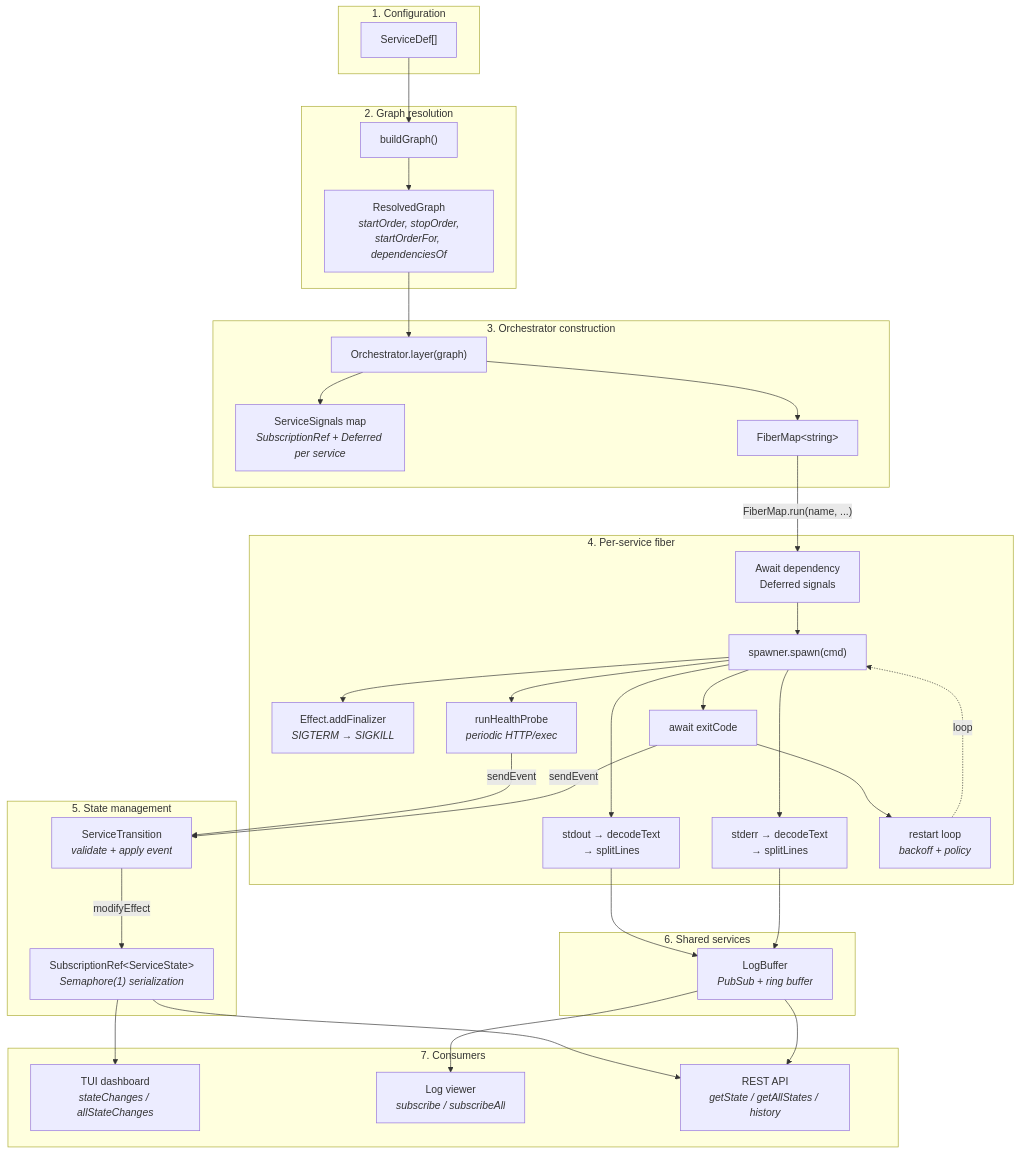
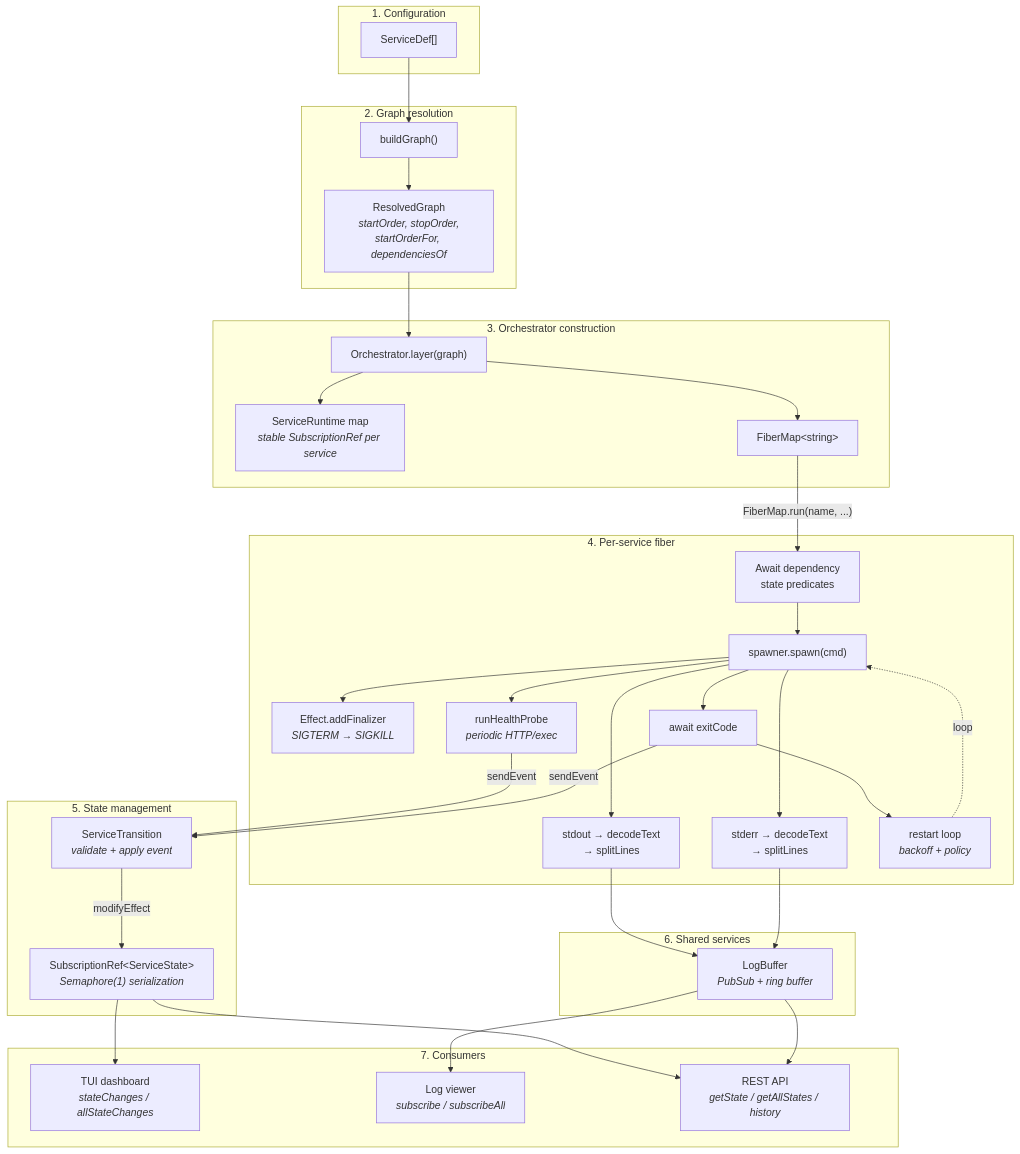
One commit to supabase/cli changed the seventh of 7 diagrams in packages/process-compose/docs/architecture.md. Above: the diagram before and after it, drawn with Mermaid. The commit also changed other lines of this file and 17 other files, not shown here.

````diff
--- a/packages/process-compose/docs/architecture.md
+++ b/packages/process-compose/docs/architecture.md
@@ -877,69 +881,69 @@
 ```mermaid
 graph TB
     subgraph "1. Configuration"
         DEFS["ServiceDef[]"]
     end
 
     subgraph "2. Graph resolution"
         BG["buildGraph()"]
         RG["ResolvedGraph<br/><i>startOrder, stopOrder,<br/>startOrderFor, dependenciesOf</i>"]
     end
 
     subgraph "3. Orchestrator construction"
         OL["Orchestrator.layer(graph)"]
-        SIGS["ServiceSignals map<br/><i>SubscriptionRef + Deferred per service</i>"]
+        SIGS["ServiceRuntime map<br/><i>stable SubscriptionRef per service</i>"]
         FBM["FiberMap&lt;string&gt;"]
     end
 
     subgraph "4. Per-service fiber"
-        DEP["Await dependency<br/>Deferred signals"]
+        DEP["Await dependency<br/>state predicates"]
         SPAWN["spawner.spawn(cmd)"]
         FIN["Effect.addFinalizer<br/><i>SIGTERM → SIGKILL</i>"]
         STDOUT["stdout → decodeText<br/>→ splitLines"]
         STDERR["stderr → decodeText<br/>→ splitLines"]
         HEALTH["runHealthProbe<br/><i>periodic HTTP/exec</i>"]
         EXIT["await exitCode"]
         RESTART["restart loop<br/><i>backoff + policy</i>"]
     end
 
     subgraph "5. State management"
         FSM["ServiceTransition<br/><i>validate + apply event</i>"]
         SREF["SubscriptionRef&lt;ServiceState&gt;<br/><i>Semaphore(1) serialization</i>"]
     end
 
     subgraph "6. Shared services"
         LB["LogBuffer<br/><i>PubSub + ring buffer</i>"]
     end
 
     subgraph "7. Consumers"
         TUI["TUI dashboard<br/><i>stateChanges / allStateChanges</i>"]
         LOGS["Log viewer<br/><i>subscribe / subscribeAll</i>"]
         API["REST API<br/><i>getState / getAllStates / history</i>"]
     end
 
     DEFS --> BG --> RG
     RG --> OL
     OL --> SIGS
     OL --> FBM
 
     FBM -->|"FiberMap.run(name, ...)"| DEP
     DEP --> SPAWN
     SPAWN --> FIN
     SPAWN --> STDOUT
     SPAWN --> STDERR
     SPAWN --> HEALTH
     SPAWN --> EXIT
     EXIT --> RESTART
     RESTART -.->|"loop"| SPAWN
 
     STDOUT --> LB
     STDERR --> LB
     HEALTH -->|"sendEvent"| FSM
     EXIT -->|"sendEvent"| FSM
     FSM -->|"modifyEffect"| SREF
 
     SREF --> TUI
     LB --> LOGS
     SREF --> API
     LB --> API
 ```
````
